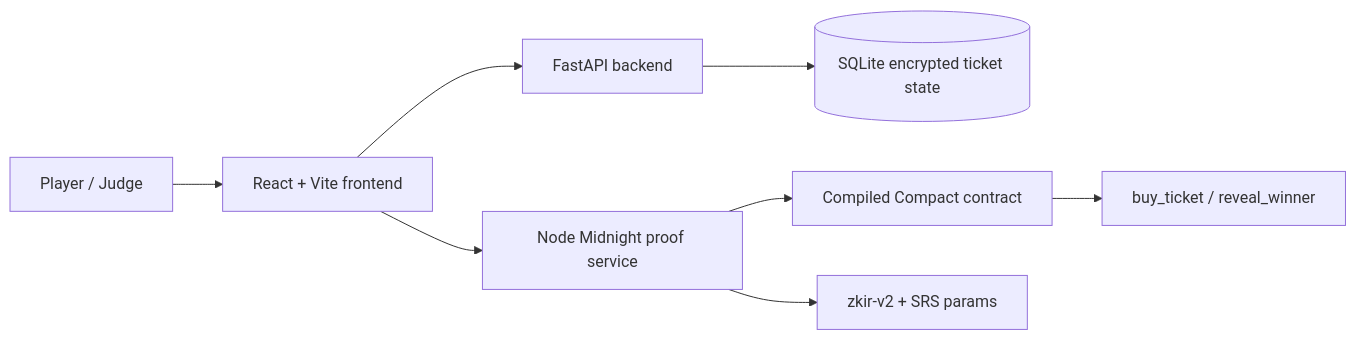
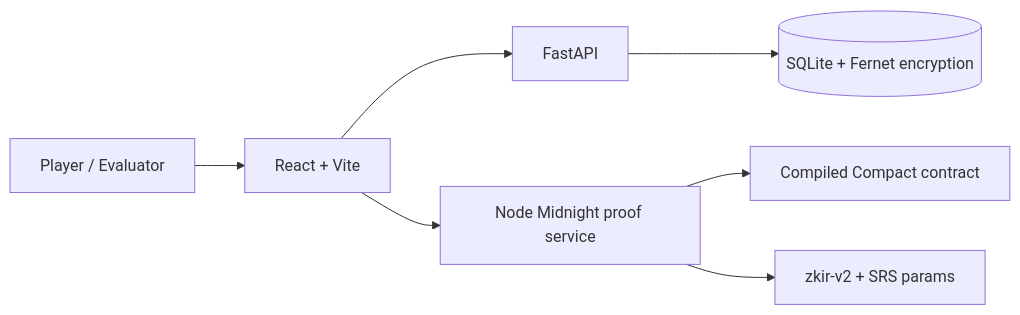
The diagram in README.md (Yadui/ConfidentialLottery), drawn with Mermaid before and after one commit. The commit also changed other lines of this file, not shown here.

````diff
--- a/README.md
+++ b/README.md
@@ -43,10 +60,9 @@
 ```mermaid
 flowchart LR
-  Player[Player / Judge] --> Frontend[React + Vite frontend]
-  Frontend --> Backend[FastAPI backend]
-  Frontend --> MidnightService[Node Midnight proof service]
-  Backend --> SQLite[(SQLite encrypted ticket state)]
-  MidnightService --> Compact[Compiled Compact contract]
-  MidnightService --> ZKIR[zkir-v2 + SRS params]
-  Compact --> Circuits[buy_ticket / reveal_winner]
+  User[Player / Evaluator] --> Frontend[React + Vite]
+  Frontend --> Backend[FastAPI]
+  Frontend --> ProofService[Node Midnight proof service]
+  Backend --> Storage[(SQLite + Fernet encryption)]
+  ProofService --> Contract[Compiled Compact contract]
+  ProofService --> Prover[zkir-v2 + SRS params]
 ```
````
